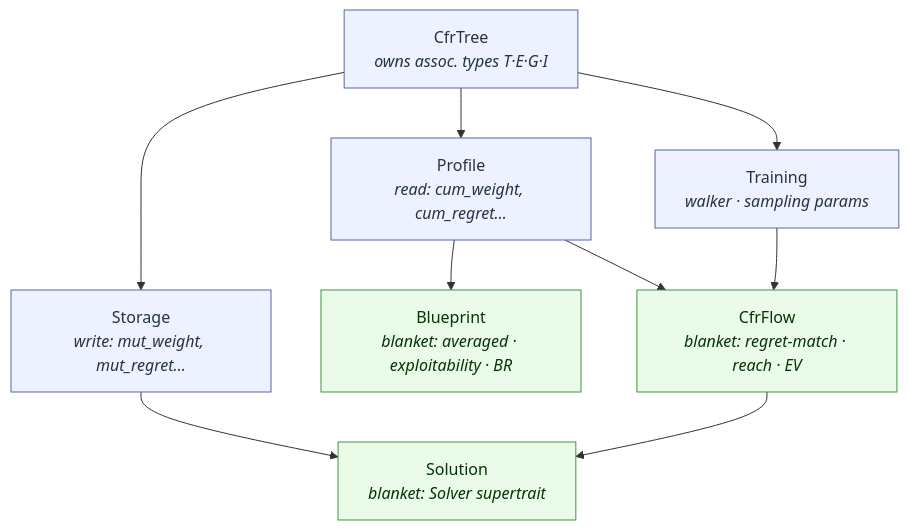
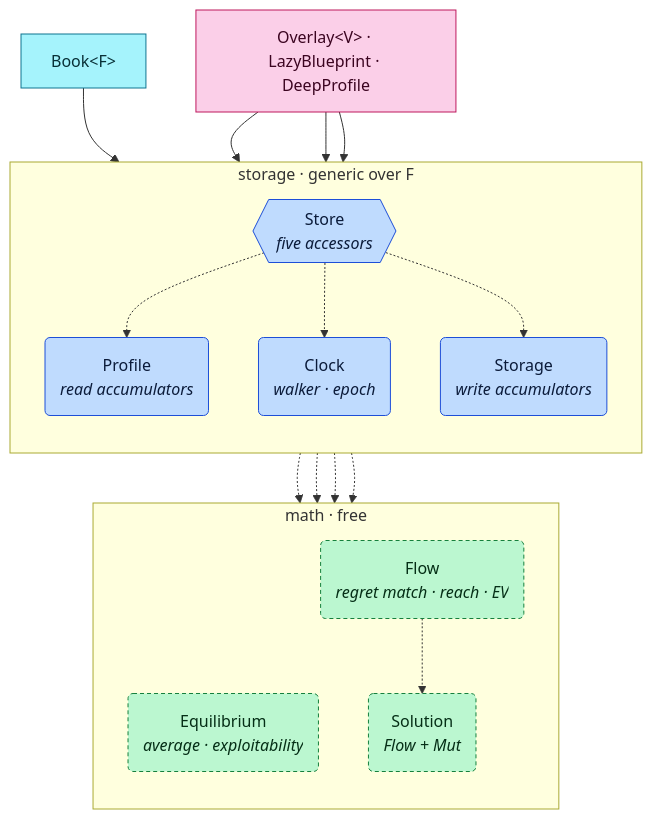
The second of 4 diagrams in crates/mccfr/README.md (krukah/robopoker), drawn with Mermaid before and after one commit. The commit also changed other lines of this file and 831 other files, not shown here.

````diff
--- a/crates/mccfr/README.md
+++ b/crates/mccfr/README.md
@@ -21,22 +141,34 @@
 ```mermaid
-graph TD
-  classDef base fill:#eef2ff,stroke:#5566aa,color:#223344
-  classDef blank fill:#eafbea,stroke:#3a9a3a,color:#063306
-
-  CfrTree["CfrTree<br/><i>owns assoc. types T·E·G·I</i>"]:::base
-  Storage["Storage<br/><i>write: mut_weight, mut_regret…</i>"]:::base
-  Profile["Profile<br/><i>read: cum_weight, cum_regret…</i>"]:::base
-  Training["Training<br/><i>walker · sampling params</i>"]:::base
-  Blueprint["Blueprint<br/><i>blanket: averaged · exploitability · BR</i>"]:::blank
-  CfrFlow["CfrFlow<br/><i>blanket: regret-match · reach · EV</i>"]:::blank
-  Solution["Solution<br/><i>blanket: Solver supertrait</i>"]:::blank
-
-  CfrTree --> Storage
-  CfrTree --> Profile
-  CfrTree --> Training
-  Profile --> Blueprint
-  Profile --> CfrFlow
-  Training --> CfrFlow
-  CfrFlow --> Solution
-  Storage --> Solution
+flowchart TB
+  Book["Book#lt;F#gt;"]:::generic
+  Custom["Overlay#lt;V#gt; · LazyBlueprint · DeepProfile"]:::sub
+  subgraph storage["storage · generic over F"]
+    direction TB
+    Data{{"Store<br/><i>five accessors</i>"}}:::access
+    Ref("Profile<br/><i>read accumulators</i>"):::access
+    Time("Clock<br/><i>walker · epoch</i>"):::access
+    Mut("Storage<br/><i>write accumulators</i>"):::access
+  end
+  subgraph math["math · free"]
+    direction TB
+    Equilibrium("Equilibrium<br/><i>average · exploitability</i>"):::free
+    Flow("Flow<br/><i>regret match · reach · EV</i>"):::free
+    Sol("Solution<br/><i>Flow + Mut</i>"):::free
+  end
+  Book --> Data
+  Data -.-> Ref
+  Data -.-> Time
+  Data -.-> Mut
+  Custom --> Ref
+  Custom --> Time
+  Custom --> Mut
+  Ref -.-> Equilibrium
+  Ref -.-> Flow
+  Time -.-> Flow
+  Flow -.-> Sol
+  Mut -.-> Sol
+  classDef access fill:#bfdbfe,stroke:#1d4ed8,color:#0b1b3a
+  classDef free fill:#bbf7d0,stroke:#15803d,color:#052e16,stroke-dasharray:4 3
+  classDef generic fill:#a5f3fc,stroke:#0e7490,color:#082f36
+  classDef sub fill:#fbcfe8,stroke:#be185d,color:#3b0420
 ```
````
